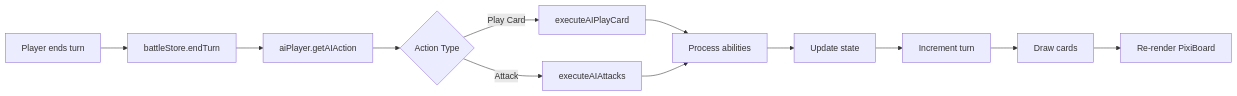
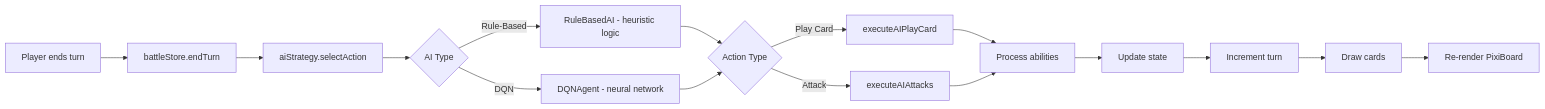
The third of 4 diagrams in README.md (StephenJamesDunne/final-year-project), drawn with Mermaid before and after one commit. The commit also changed other lines of this file, not shown here.

Commit message:
updated readme to reflect changes in the project: DQN implementation and training roughly 90% of the way there, several refactors and improvements to almost all parts of the codebase (ongoing)

````diff
--- a/README.md
+++ b/README.md
@@ -146,14 +165,18 @@
 ```mermaid
 graph LR
     A[Player ends turn] --> B[battleStore.endTurn]
-    B --> C[aiPlayer.getAIAction]
-    C --> D{Action Type}
-    D -->|Play Card| E[executeAIPlayCard]
-    D -->|Attack| F[executeAIAttacks]
-    E --> G[Process abilities]
+    B --> C[aiStrategy.selectAction]
+    C --> D{AI Type}
+    D -->|Rule-Based| E[RuleBasedAI - heuristic logic]
+    D -->|DQN| F[DQNAgent - neural network]
+    E --> G{Action Type}
     F --> G
-    G --> H[Update state]
-    H --> I[Increment turn]
-    I --> J[Draw cards]
-    J --> K[Re-render PixiBoard]
+    G -->|Play Card| H[executeAIPlayCard]
+    G -->|Attack| I[executeAIAttacks]
+    H --> J[Process abilities]
+    I --> J
+    J --> K[Update state]
+    K --> L[Increment turn]
+    L --> M[Draw cards]
+    M --> N[Re-render PixiBoard]
 ```
````
